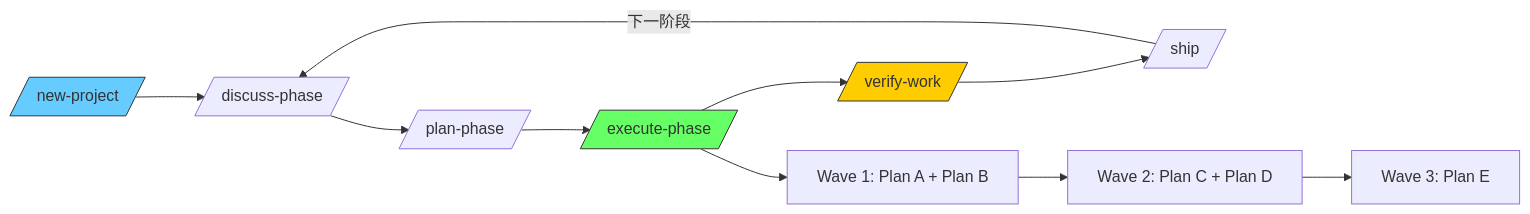
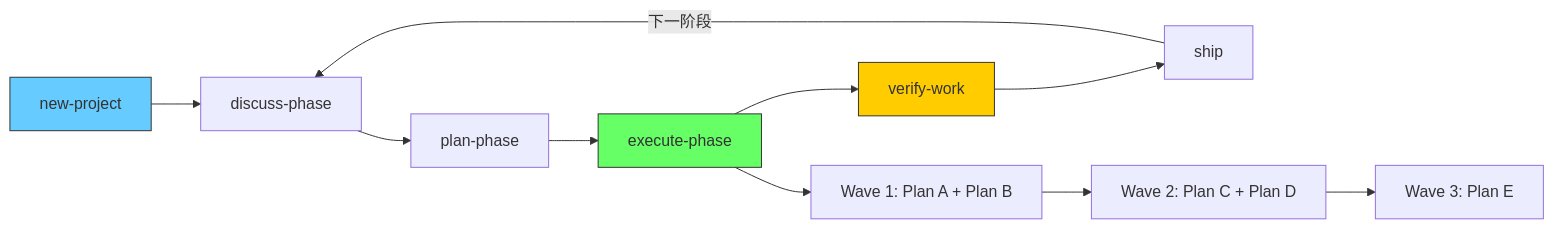
One commit to evoerax/awesome-harness-engineering changed the third of 8 diagrams in README.zh-CN.md. Above: the diagram before and after it, drawn with Mermaid. The commit also changed other lines of this file and 1 other file, not shown here.

Commit message:
fix: Mermaid diagram syntax - remove /node/ pattern that GitHub can't parse

````diff
--- a/README.zh-CN.md
+++ b/README.zh-CN.md
@@ -244,17 +244,17 @@
 ```mermaid
 graph LR
-    A[/new-project/] --> B[/discuss-phase/]
-    B --> C[/plan-phase/]
-    C --> D[/execute-phase/]
-    D --> E[/verify-work/]
-    E --> F[/ship/]
+    A["new-project"] --> B["discuss-phase"]
+    B --> C["plan-phase"]
+    C --> D["execute-phase"]
+    D --> E["verify-work"]
+    E --> F["ship"]
     F -->|下一阶段| B
 
-    D --> D1[Wave 1: Plan A + Plan B]
-    D1 --> D2[Wave 2: Plan C + Plan D]
-    D2 --> D3[Wave 3: Plan E]
+    D --> D1["Wave 1: Plan A + Plan B"]
+    D1 --> D2["Wave 2: Plan C + Plan D"]
+    D2 --> D3["Wave 3: Plan E"]
 
     style A fill:#6cf,stroke:#333
     style D fill:#6f6,stroke:#333
     style E fill:#fc0,stroke:#333
 ```
````
